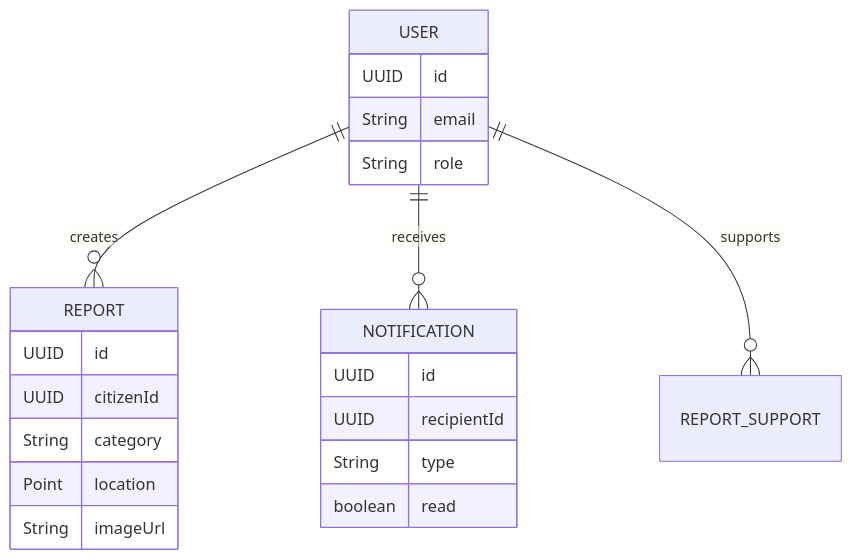
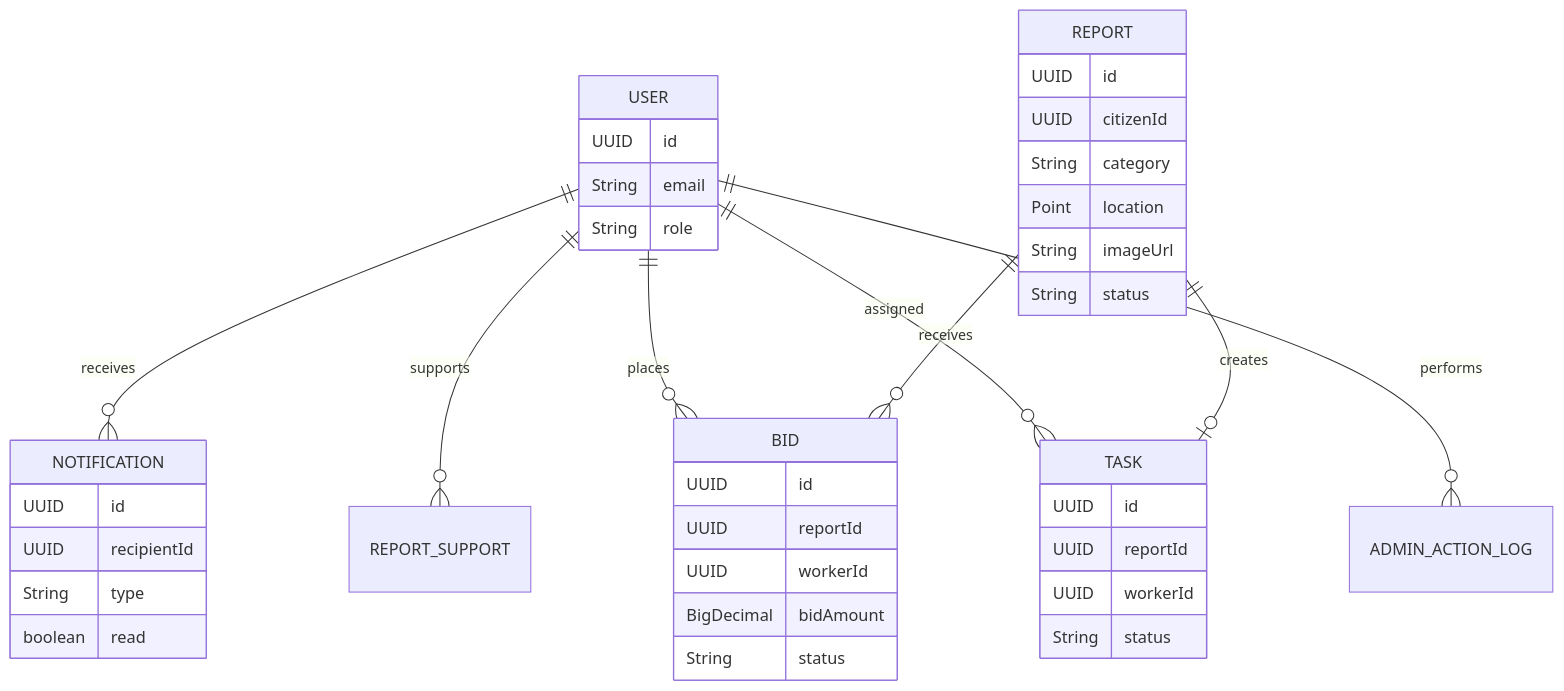
Before and after one commit to OmkarDongre7772/SnapFix-Backend: the eighth of 10 diagrams in README.md, drawn with Mermaid. The commit also changed other lines of this file and 29 other files, not shown here.

First line of the commit message:
Release-2: Phase 3,4- Worker Marketplace & Task Assignment Complete

````diff
--- a/README.md
+++ b/README.md
@@ -268,28 +332,48 @@
 ```mermaid
 erDiagram
 
-    USER ||--o{ REPORT : creates
     USER ||--o{ NOTIFICATION : receives
     USER ||--o{ REPORT_SUPPORT : supports
+    USER ||--o{ BID : places
+    USER ||--o{ TASK : assigned
+    USER ||--o{ ADMIN_ACTION_LOG : performs
+    REPORT ||--o{ BID : receives
+    REPORT ||--o| TASK : creates
 
     USER {
         UUID id
         String email
         String role
     }
 
     REPORT {
         UUID id
         UUID citizenId
         String category
         Point location
         String imageUrl
+        String status
+    }
+
+    BID {
+        UUID id
+        UUID reportId
+        UUID workerId
+        BigDecimal bidAmount
+        String status
+    }
+
+    TASK {
+        UUID id
+        UUID reportId
+        UUID workerId
+        String status
     }
 
     NOTIFICATION {
         UUID id
         UUID recipientId
         String type
         boolean read
     }
 ```
````
